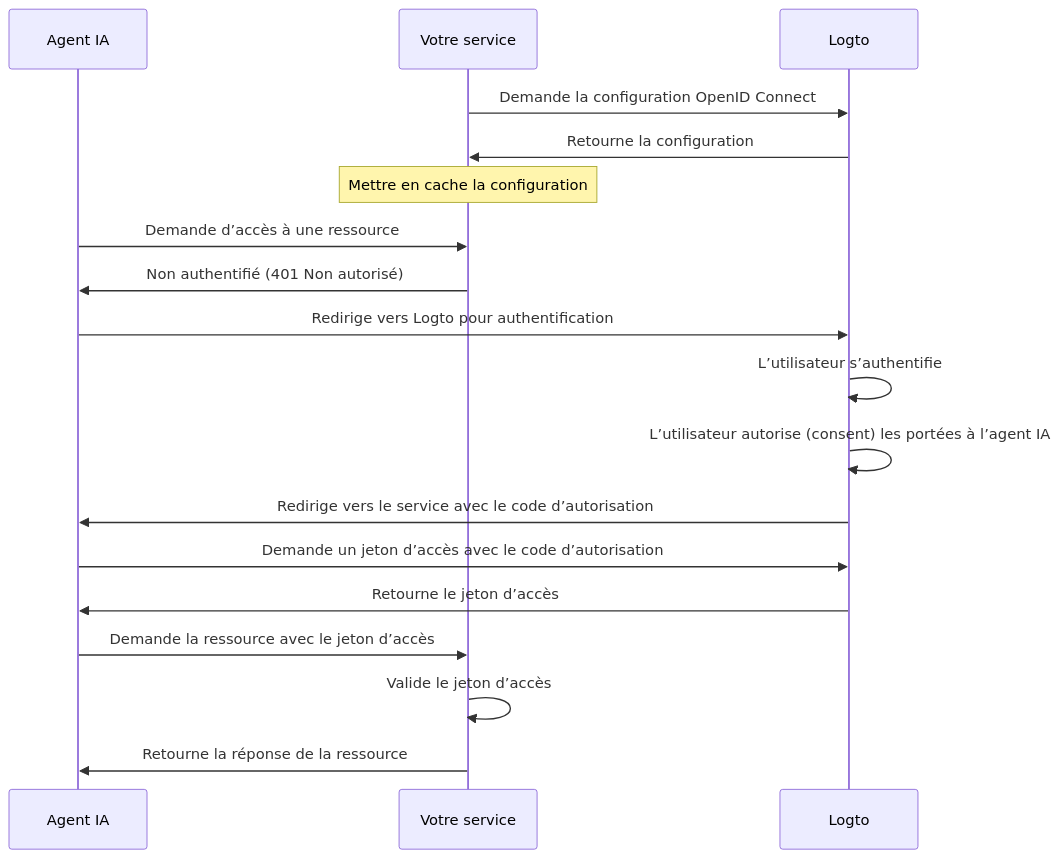
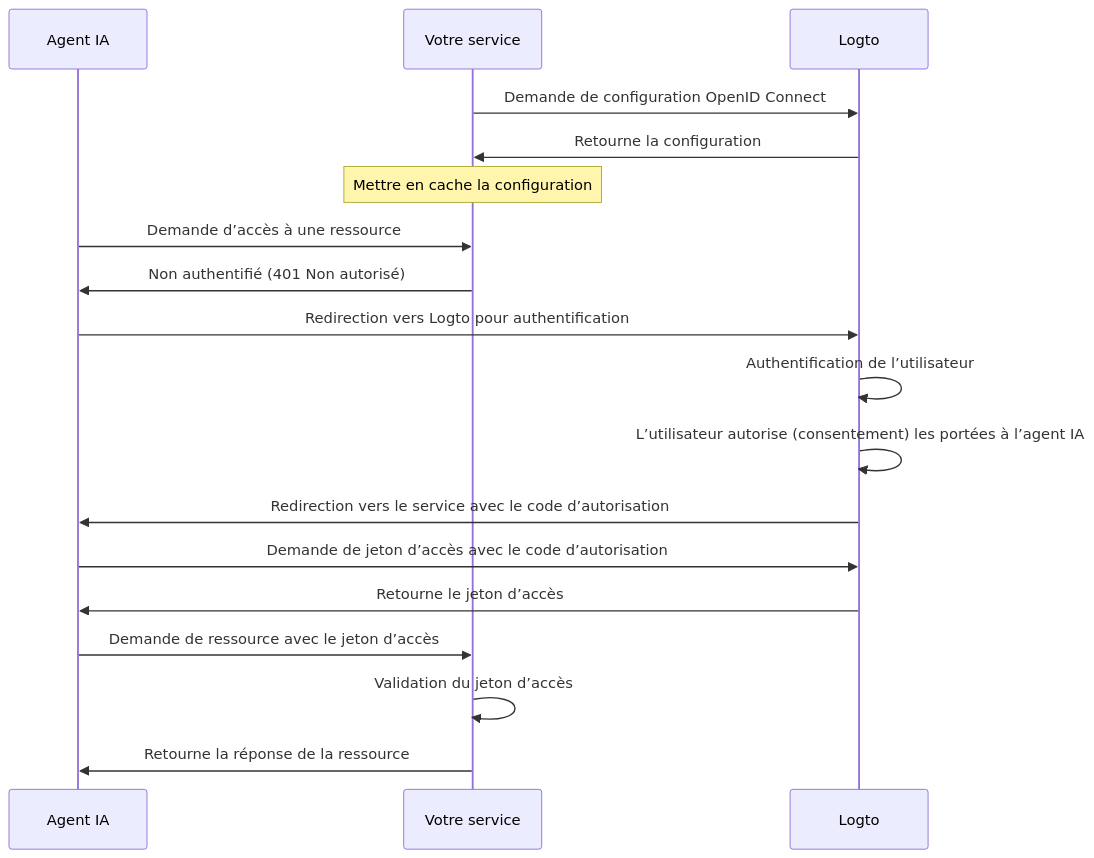
Before and after one commit to logto-io/docs: the diagram in i18n/fr/docusaurus-plugin-content-docs/current/use-cases/ai/enable-third-party-ai-agent-access.mdx, drawn with Mermaid. The commit also changed other lines of this file and 89 other files, not shown here.

````diff
--- a/i18n/fr/docusaurus-plugin-content-docs/current/use-cases/ai/enable-third-party-ai-agent-access.mdx
+++ b/i18n/fr/docusaurus-plugin-content-docs/current/use-cases/ai/enable-third-party-ai-agent-access.mdx
@@ -61,21 +64,21 @@
 ```mermaid
 sequenceDiagram
     participant Agent as Agent IA
     participant Service as Votre service
     participant Logto
 
-    Service->>Logto: Demande la configuration OpenID Connect
+    Service->>Logto: Demande de configuration OpenID Connect
     Logto->>Service: Retourne la configuration
     Note over Service: Mettre en cache la configuration
     Agent->>Service: Demande d’accès à une ressource
     Service->>Agent: Non authentifié (401 Non autorisé)
-    Agent->>Logto: Redirige vers Logto pour authentification
-    Logto->>Logto: L’utilisateur s’authentifie
-    Logto->>Logto: L’utilisateur autorise (consent) les portées à l’agent IA
-    Logto->>Agent: Redirige vers le service avec le code d’autorisation
-    Agent->>Logto: Demande un jeton d’accès avec le code d’autorisation
+    Agent->>Logto: Redirection vers Logto pour authentification
+    Logto->>Logto: Authentification de l’utilisateur
+    Logto->>Logto: L’utilisateur autorise (consentement) les portées à l’agent IA
+    Logto->>Agent: Redirection vers le service avec le code d’autorisation
+    Agent->>Logto: Demande de jeton d’accès avec le code d’autorisation
     Logto->>Agent: Retourne le jeton d’accès
-    Agent->>Service: Demande la ressource avec le jeton d’accès
-    Service->>Service: Valide le jeton d’accès
+    Agent->>Service: Demande de ressource avec le jeton d’accès
+    Service->>Service: Validation du jeton d’accès
     Service->>Agent: Retourne la réponse de la ressource
 ```
````
